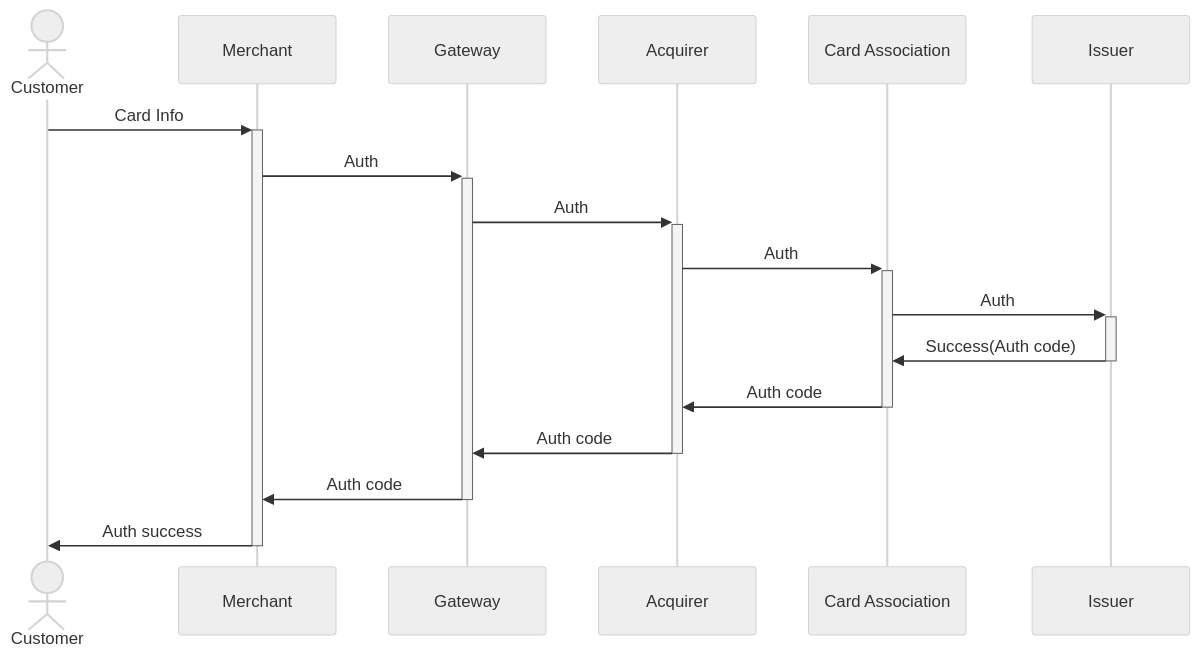
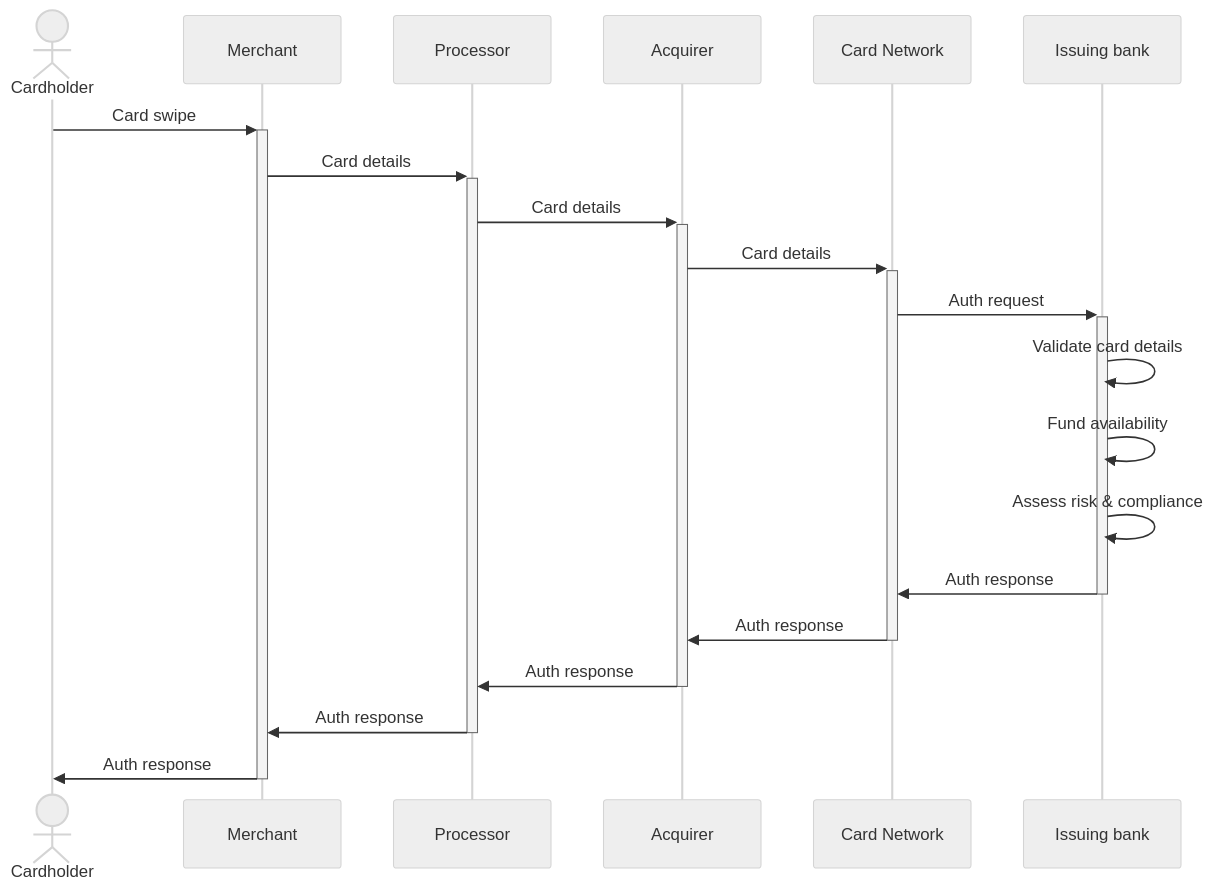
The diagram in auth.md (sans-github/card-processing-101), drawn with Mermaid (neutral theme) before and after one commit.

````diff
--- a/auth.md
+++ b/auth.md
@@ -2,14 +2,17 @@
 ```mermaid
   sequenceDiagram
-    actor Customer
-    Customer->>+Merchant: Card Info
-    Merchant->>+Gateway: Auth
-    Gateway->>+Acquirer: Auth
-    Acquirer->>+Card Association: Auth
-    Card Association->>+Issuer: Auth
-    Issuer->>-Card Association: Success(Auth code)
-    Card Association->>-Acquirer: Auth code
-    Acquirer->>-Gateway: Auth code
-    Gateway->>-Merchant: Auth code
-    Merchant->>-Customer: Auth success
+    actor Cardholder
+    Cardholder->>+Merchant: Card swipe
+    Merchant->>+Processor: Card details 
+    Processor->>+Acquirer: Card details
+    Acquirer->>+Card Network: Card details
+    Card Network->>+Issuing bank: Auth request
+    Issuing bank->>Issuing bank: Validate card details
+    Issuing bank->>Issuing bank: Fund availability
+    Issuing bank->>Issuing bank: Assess risk & compliance
+    Issuing bank->>-Card Network: Auth response
+    Card Network->>-Acquirer: Auth response
+    Acquirer->>-Processor: Auth response
+    Processor->>-Merchant: Auth response
+    Merchant->>-Cardholder: Auth response
   ```
````
